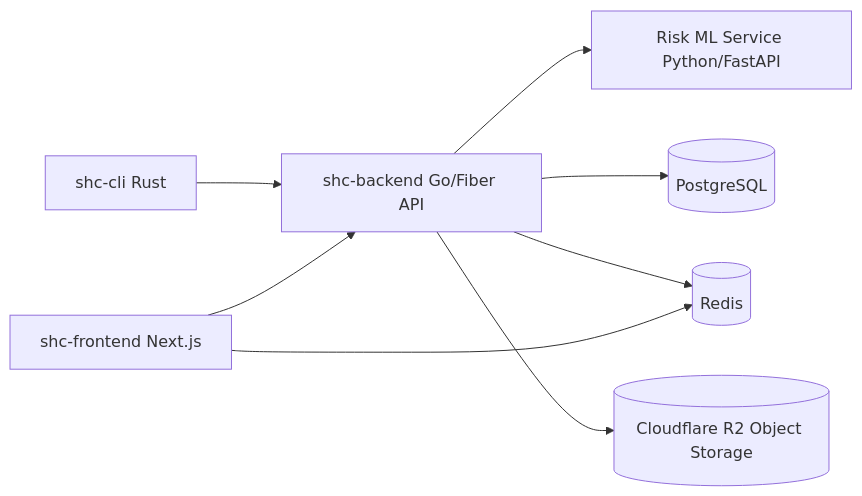
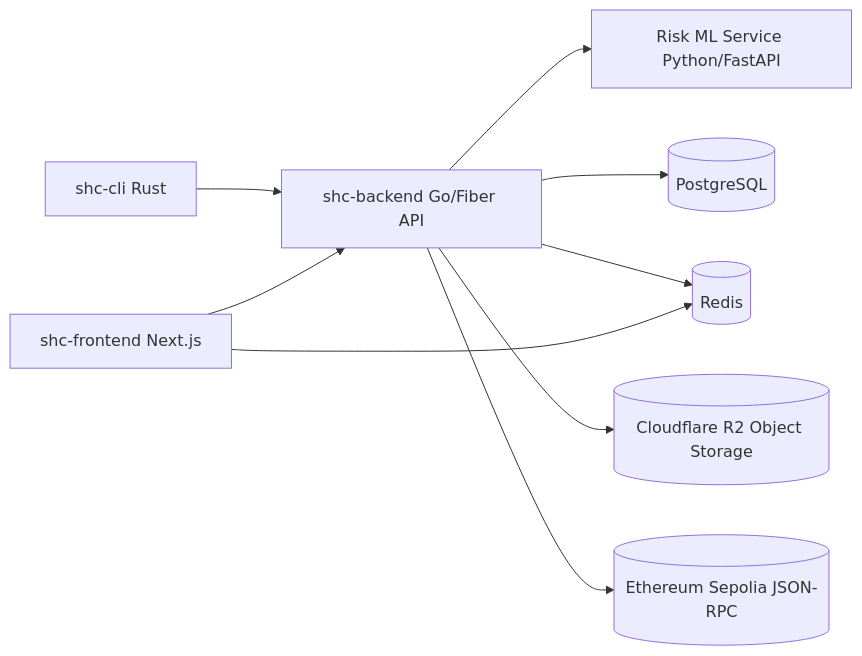
The diagram in README.md (shivamMittal088/shc---major-project-), drawn with Mermaid before and after one commit. The commit also changed other lines of this file and 20 other files, not shown here.

````diff
--- a/README.md
+++ b/README.md
@@ -81,10 +86,11 @@
 ```mermaid
 flowchart LR
 	CLI[shc-cli Rust] --> API[shc-backend Go/Fiber API]
 	WEB[shc-frontend Next.js] --> API
 	API --> RISK[Risk ML Service Python/FastAPI]
 	API --> DB[(PostgreSQL)]
 	API --> REDIS[(Redis)]
 	API --> R2[(Cloudflare R2 Object Storage)]
+	API --> ETH[(Ethereum Sepolia JSON-RPC)]
 	WEB --> REDIS
 ```
````
